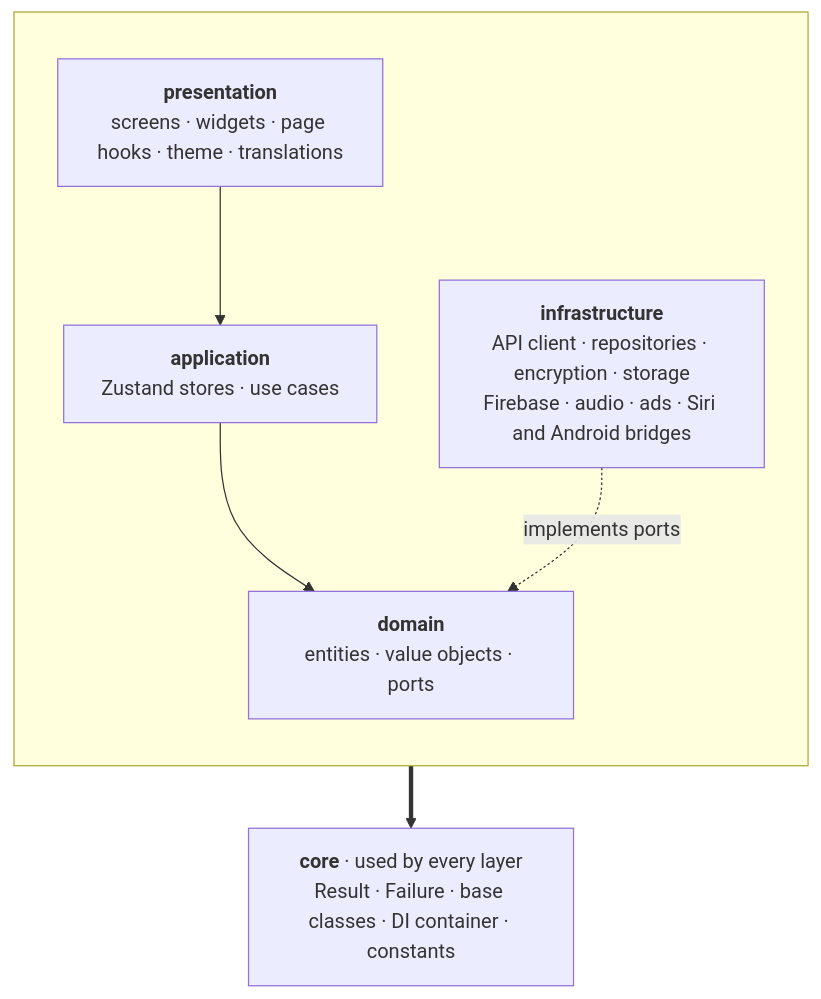
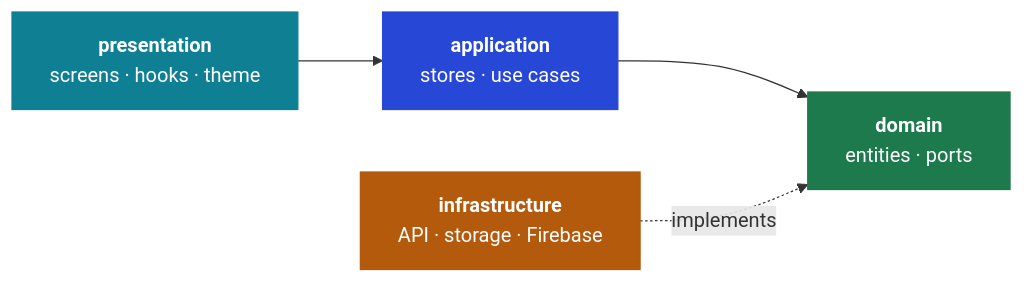
One commit to Recipely-Team/recipely changed the diagram in README.md. Above: the diagram before and after it, drawn with Mermaid. The commit also changed other lines of this file, not shown here.

Commit message:
docs(readme): a colour-coded, left-to-right layer diagram

````diff
--- a/README.md
+++ b/README.md
@@ -108,13 +108,13 @@
 ```mermaid
-flowchart TB
-  subgraph layers [" "]
-    direction TB
-    P["<b>presentation</b><br/>screens · widgets · page hooks · theme · translations"]
-    A["<b>application</b><br/>Zustand stores · use cases"]
-    D["<b>domain</b><br/>entities · value objects · ports"]
-    I["<b>infrastructure</b><br/>API client · repositories · encryption · storage<br/>Firebase · audio · ads · Siri and Android bridges"]
-    P --> A --> D
-    I -. implements ports .-> D
-  end
-  layers ==> C["<b>core</b> · used by every layer<br/>Result · Failure · base classes · DI container · constants"]
+flowchart LR
+  P["<b>presentation</b><br/>screens · hooks · theme"] --> A["<b>application</b><br/>stores · use cases"] --> D["<b>domain</b><br/>entities · ports"]
+  I["<b>infrastructure</b><br/>API · storage · Firebase"] -. implements .-> D
+  classDef pres fill:#0f7f93,stroke:#0f7f93,color:#ffffff
+  classDef app fill:#2747d6,stroke:#2747d6,color:#ffffff
+  classDef dom fill:#1d7a4c,stroke:#1d7a4c,color:#ffffff
+  classDef infra fill:#b45a0c,stroke:#b45a0c,color:#ffffff
+  class P pres
+  class A app
+  class D dom
+  class I infra
 ```
````
